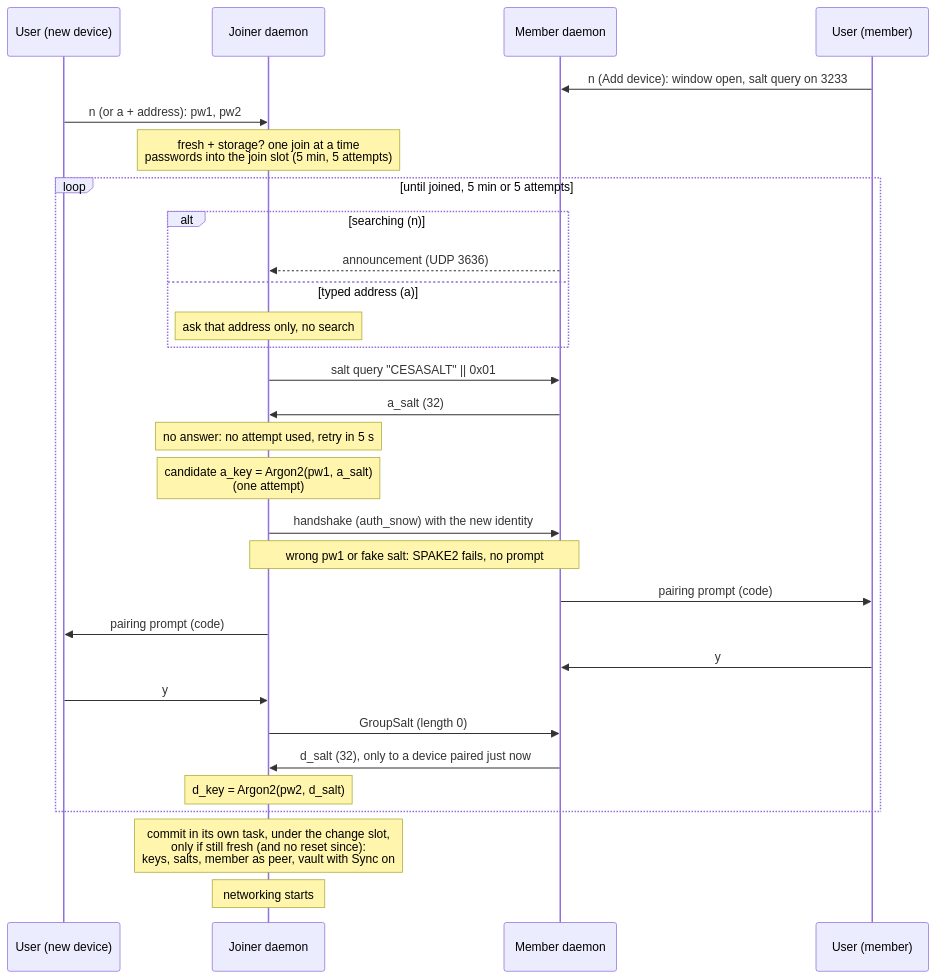
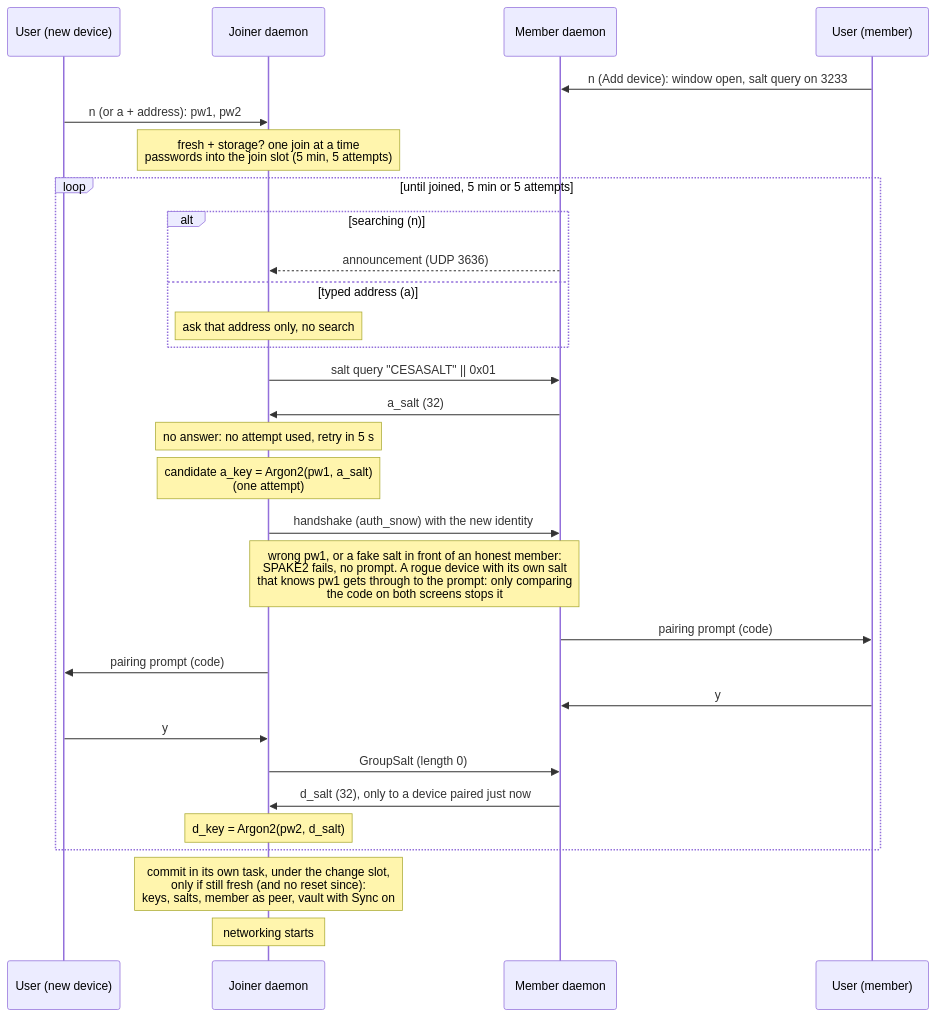
Before and after one commit to czarekkdev/cesaconn: the first of 2 diagrams in docs/diagrams/join.md, drawn with Mermaid. The commit also changed other lines of this file and 10 other files, not shown here.

First line of the commit message:
docs(diagrams): match the code on the review points

````diff
--- a/docs/diagrams/join.md
+++ b/docs/diagrams/join.md
@@ -6,32 +6,32 @@
 ```mermaid
 sequenceDiagram
     participant UJ as User (new device)
     participant J as Joiner daemon
     participant M as Member daemon
     participant UM as User (member)
     UM->>M: n (Add device): window open, salt query on 3233
     UJ->>J: n (or a + address): pw1, pw2
     Note over J: fresh + storage? one join at a time<br/>passwords into the join slot (5 min, 5 attempts)
     loop until joined, 5 min or 5 attempts
         alt searching (n)
             M-->>J: announcement (UDP 3636)
         else typed address (a)
             Note over J: ask that address only, no search
         end
         J->>M: salt query "CESASALT" || 0x01
         M->>J: a_salt (32)
         Note over J: no answer: no attempt used, retry in 5 s
         Note over J: candidate a_key = Argon2(pw1, a_salt)<br/>(one attempt)
         J->>M: handshake (auth_snow) with the new identity
-        Note over J,M: wrong pw1 or fake salt: SPAKE2 fails, no prompt
+        Note over J,M: wrong pw1, or a fake salt in front of an honest member:<br/>SPAKE2 fails, no prompt. A rogue device with its own salt<br/>that knows pw1 gets through to the prompt: only comparing<br/>the code on both screens stops it
         M->>UM: pairing prompt (code)
         J->>UJ: pairing prompt (code)
         UM->>M: y
         UJ->>J: y
         J->>M: GroupSalt (length 0)
         M->>J: d_salt (32), only to a device paired just now
         Note over J: d_key = Argon2(pw2, d_salt)
     end
     Note over J: commit in its own task, under the change slot,<br/>only if still fresh (and no reset since):<br/>keys, salts, member as peer, vault with Sync on
     Note over J: networking starts
 ```
````
